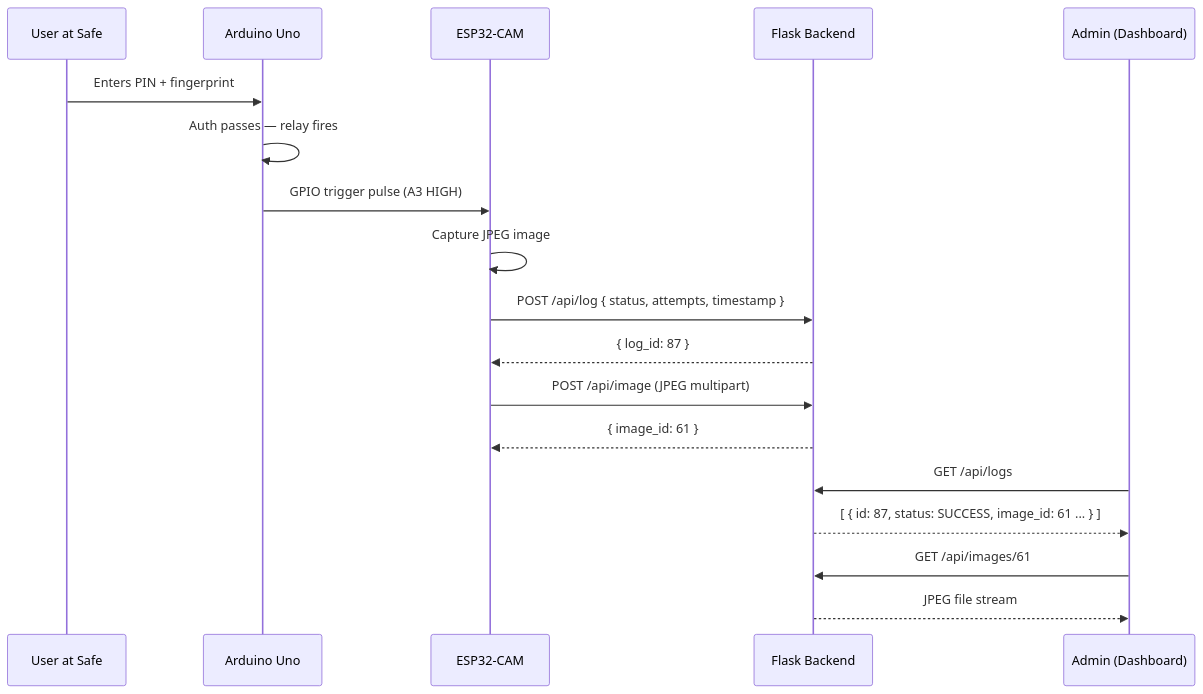
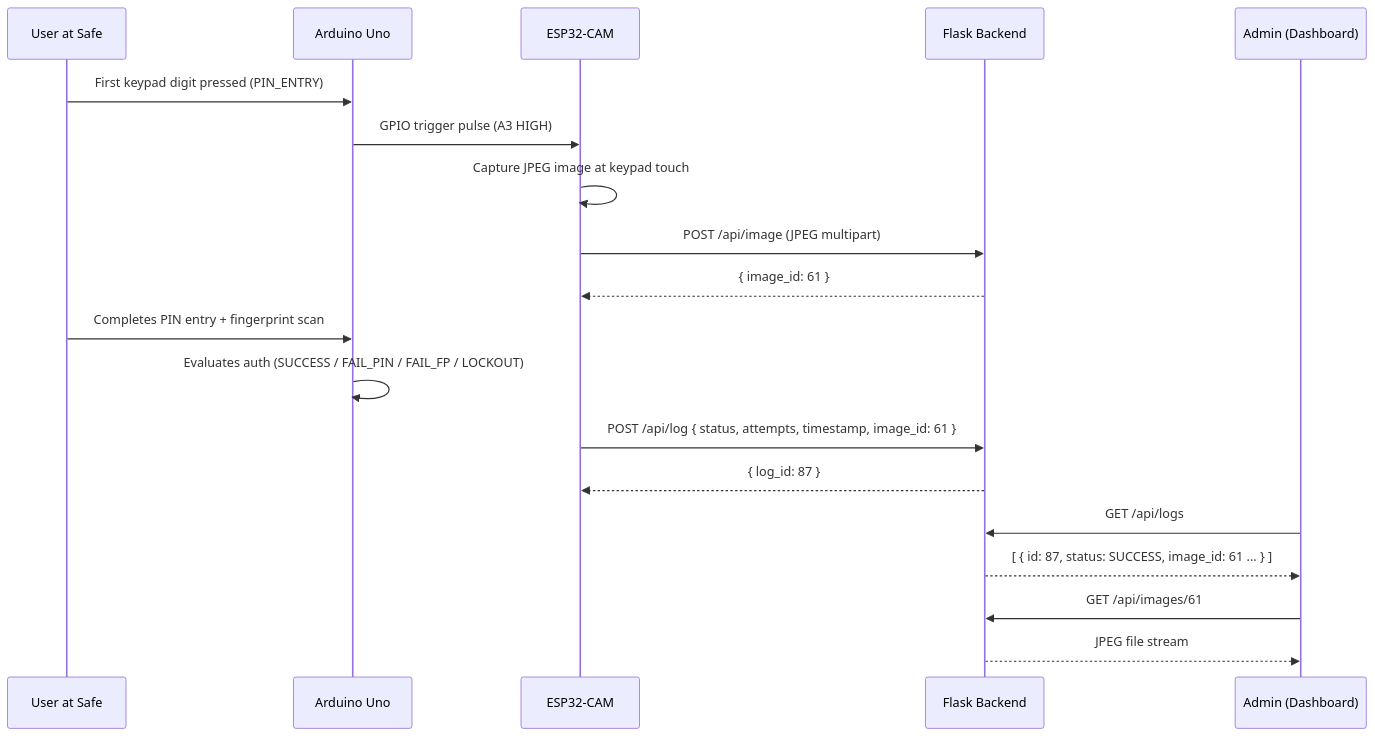
Before and after one commit to kingksjo/safe-lock: the fifth of 5 diagrams in spec.md, drawn with Mermaid. The commit also changed other lines of this file and 6 other files, not shown here.

Commit message:
feat: implement frontend authentication flow with setup and password modal components

````diff
--- a/spec.md
+++ b/spec.md
@@ -443,22 +443,23 @@
 ```mermaid
 sequenceDiagram
     participant User as User at Safe
     participant UNO as Arduino Uno
     participant CAM as ESP32-CAM
     participant Flask as Flask Backend
     participant Admin as Admin (Dashboard)
 
-    User->>UNO: Enters PIN + fingerprint
-    UNO->>UNO: Auth passes — relay fires
+    User->>UNO: First keypad digit pressed (PIN_ENTRY)
     UNO->>CAM: GPIO trigger pulse (A3 HIGH)
-    CAM->>CAM: Capture JPEG image
-    CAM->>Flask: POST /api/log { status, attempts, timestamp }
-    Flask-->>CAM: { log_id: 87 }
+    CAM->>CAM: Capture JPEG image at keypad touch
     CAM->>Flask: POST /api/image (JPEG multipart)
     Flask-->>CAM: { image_id: 61 }
+    User->>UNO: Completes PIN entry + fingerprint scan
+    UNO->>UNO: Evaluates auth (SUCCESS / FAIL_PIN / FAIL_FP / LOCKOUT)
+    CAM->>Flask: POST /api/log { status, attempts, timestamp, image_id: 61 }
+    Flask-->>CAM: { log_id: 87 }
 
     Admin->>Flask: GET /api/logs
     Flask-->>Admin: [ { id: 87, status: SUCCESS, image_id: 61 ... } ]
     Admin->>Flask: GET /api/images/61
     Flask-->>Admin: JPEG file stream
 ```
````
